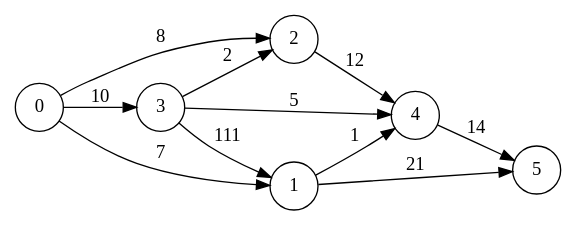
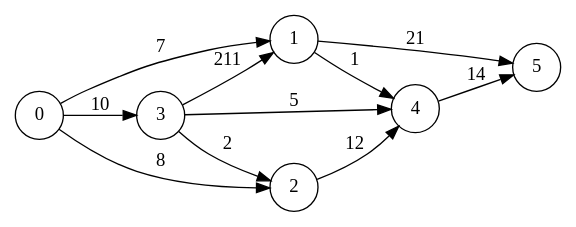
Before and after one commit to jodorganistaca/ProjectOcaml: the diagram in graphs/graph.dot, drawn with Graphviz. The commit also changed 7 other files, not shown here.

```diff
--- a/graphs/graph.dot
+++ b/graphs/graph.dot
@@ -1,15 +1,15 @@
 digraph dot_graph {
   rankdir=LR;
   size="8,5"
   node [shape=circle];
+  4 -> 5 [label = "14"]; 
+  1 -> 5 [label = "21"]; 
+  1 -> 4 [label = "1"]; 
+  2 -> 4 [label = "12"]; 
+  0 -> 1 [label = "7"]; 
+  0 -> 3 [label = "10"]; 
   0 -> 2 [label = "8"]; 
-  0 -> 3 [label = "10"]; 
-  0 -> 1 [label = "7"]; 
-  2 -> 4 [label = "12"]; 
-  1 -> 4 [label = "1"]; 
-  1 -> 5 [label = "21"]; 
-  4 -> 5 [label = "14"]; 
+  3 -> 2 [label = "2"]; 
   3 -> 4 [label = "5"]; 
-  3 -> 2 [label = "2"]; 
-  3 -> 1 [label = "111"]; 
+  3 -> 1 [label = "211"]; 
 }
```
